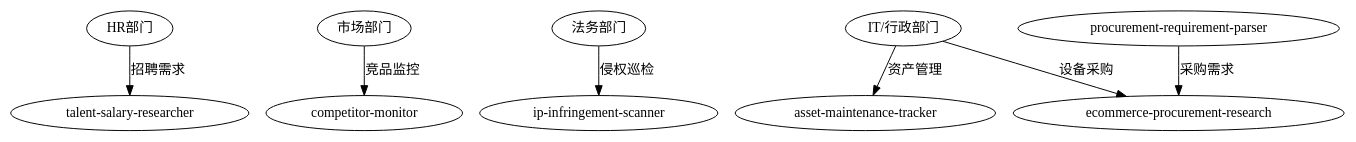
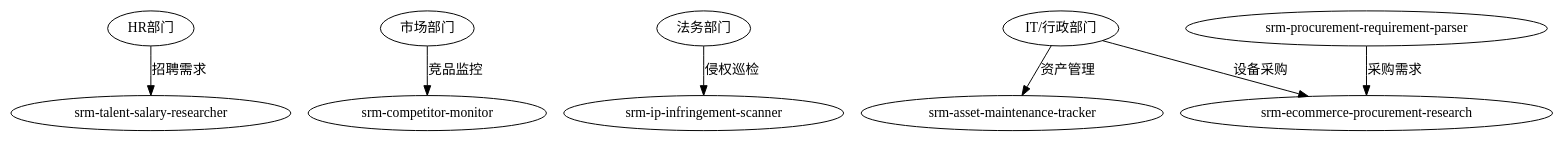
Before and after one commit to techwolf139/srm: the third of 3 diagrams in docs/SKILLS.md, drawn with Graphviz. The commit also changed other lines of this file and 48 other files, not shown here.

````diff
--- a/docs/SKILLS.md
+++ b/docs/SKILLS.md
@@ -457,13 +456,13 @@
 ```dot
 digraph cross_department {
     rankdir=TB;
     
-    "HR部门" -> "talent-salary-researcher" [label="招聘需求"];
-    "市场部门" -> "competitor-monitor" [label="竞品监控"];
-    "法务部门" -> "ip-infringement-scanner" [label="侵权巡检"];
-    "IT/行政部门" -> "asset-maintenance-tracker" [label="资产管理"];
-    "IT/行政部门" -> "ecommerce-procurement-research" [label="设备采购"];
+    "HR部门" -> "srm-talent-salary-researcher" [label="招聘需求"];
+    "市场部门" -> "srm-competitor-monitor" [label="竞品监控"];
+    "法务部门" -> "srm-ip-infringement-scanner" [label="侵权巡检"];
+    "IT/行政部门" -> "srm-asset-maintenance-tracker" [label="资产管理"];
+    "IT/行政部门" -> "srm-ecommerce-procurement-research" [label="设备采购"];
     
-    "procurement-requirement-parser" -> "ecommerce-procurement-research" [label="采购需求"];
+    "srm-procurement-requirement-parser" -> "srm-ecommerce-procurement-research" [label="采购需求"];
 }
 ```
````
